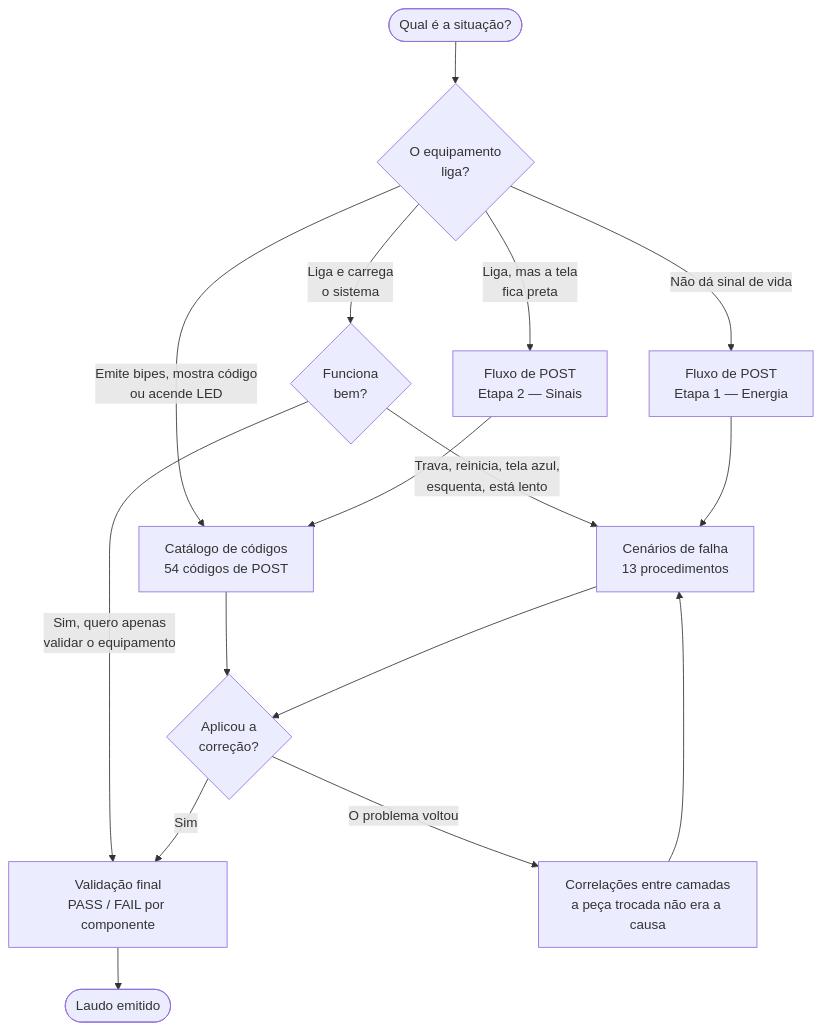
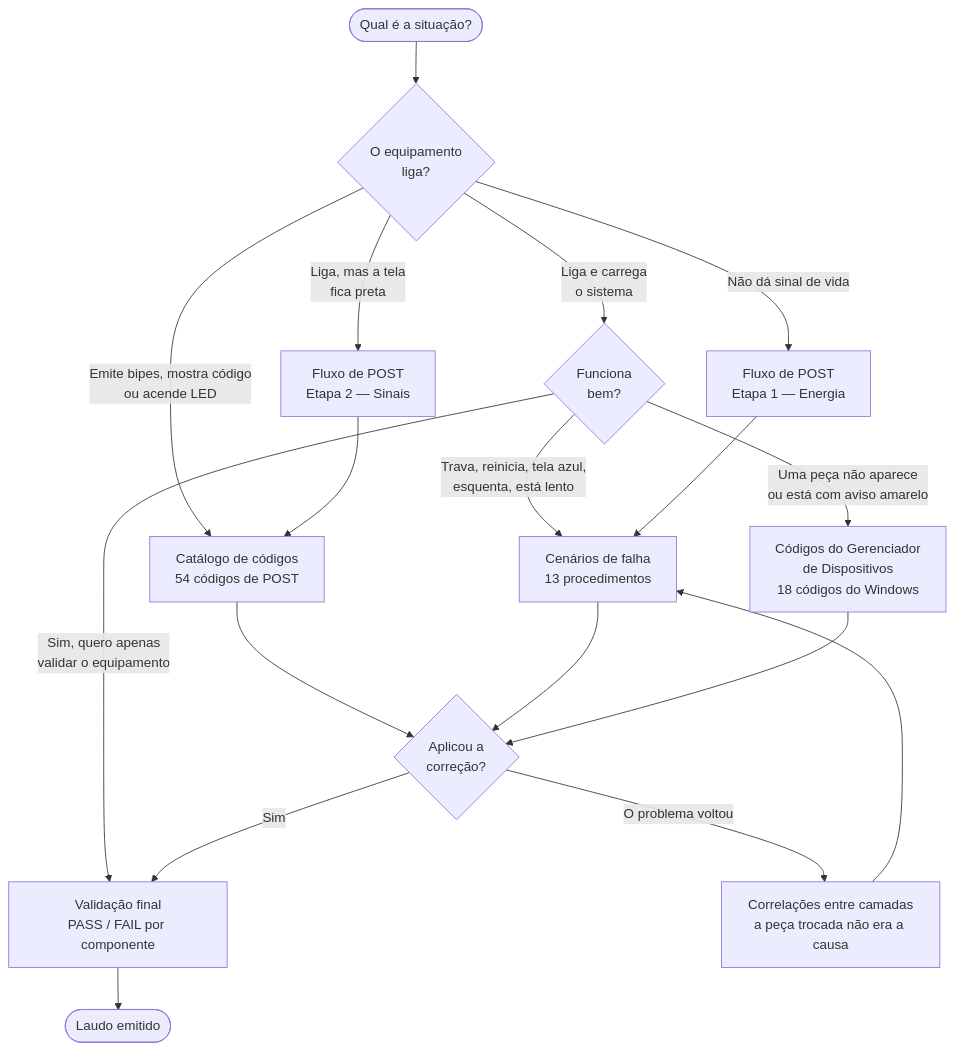
One commit to edsilas/base-diagnostico-hardware changed the diagram in README.md. Above: the diagram before and after it, drawn with Mermaid. The commit also changed other lines of this file and 51 other files, not shown here.

````diff
--- a/README.md
+++ b/README.md
@@ -17,21 +24,23 @@
 ```mermaid
 flowchart TD
     A(["Qual é a situação?"]) --> B{"O equipamento<br/>liga?"}
 
     B -->|"Não dá sinal de vida"| P1["Fluxo de POST<br/>Etapa 1 — Energia"]
     B -->|"Liga, mas a tela<br/>fica preta"| P2["Fluxo de POST<br/>Etapa 2 — Sinais"]
     B -->|"Emite bipes, mostra código<br/>ou acende LED"| P3["Catálogo de códigos<br/>54 códigos de POST"]
     B -->|"Liga e carrega<br/>o sistema"| C{"Funciona<br/>bem?"}
 
     C -->|"Trava, reinicia, tela azul,<br/>esquenta, está lento"| S1["Cenários de falha<br/>13 procedimentos"]
+    C -->|"Uma peça não aparece<br/>ou está com aviso amarelo"| W1["Códigos do Gerenciador<br/>de Dispositivos<br/>18 códigos do Windows"]
     C -->|"Sim, quero apenas<br/>validar o equipamento"| V1["Validação final<br/>PASS / FAIL por componente"]
 
     P1 --> S1
     P2 --> P3
     P3 --> R{"Aplicou a<br/>correção?"}
     S1 --> R
+    W1 --> R
     R -->|"Sim"| V1
     R -->|"O problema voltou"| X["Correlações entre camadas<br/>a peça trocada não era a causa"]
     X --> S1
     V1 --> Z(["Laudo emitido"])
 ```
````
